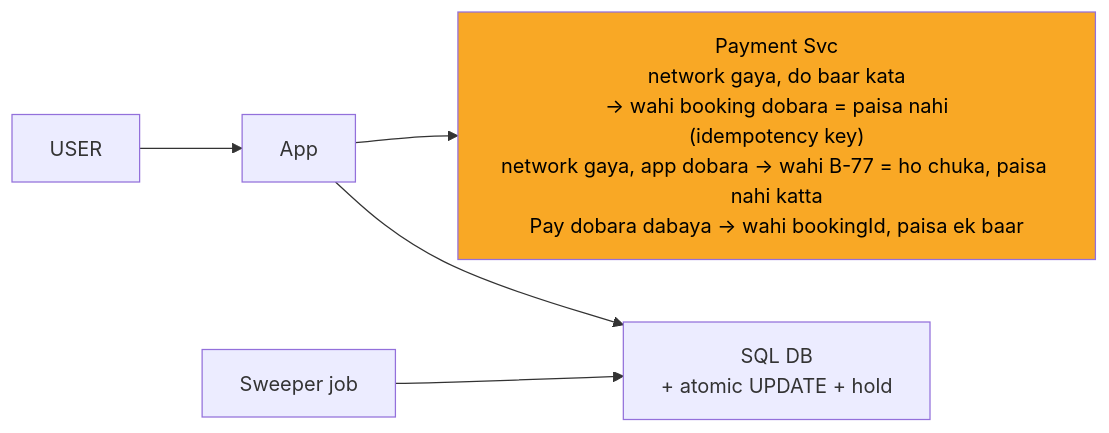
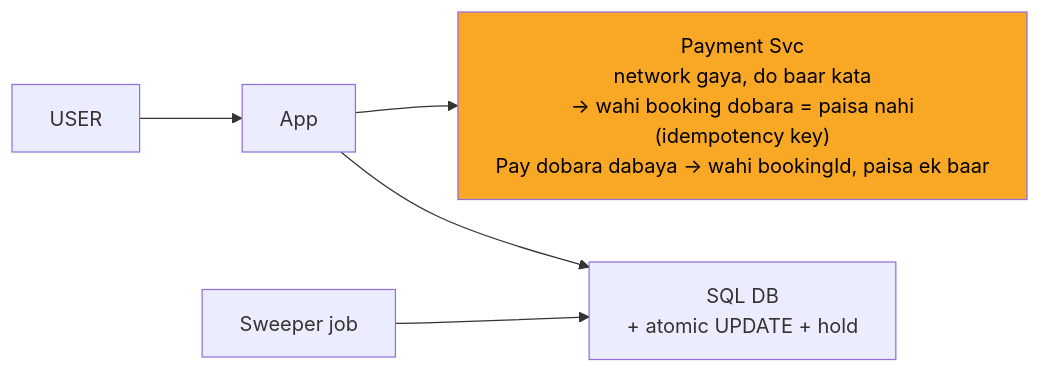
The fourth of 9 diagrams in 04_HLD/SYSTEM_DESIGNS/09_bookmyshow/09_bookmyshow_INTERVIEW.md (ArpanMaheshwari144/Prep), drawn with Mermaid before and after one commit. The commit also changed other lines of this file and 13 other files, not shown here.

````diff
--- a/04_HLD/SYSTEM_DESIGNS/09_bookmyshow/09_bookmyshow_INTERVIEW.md
+++ b/04_HLD/SYSTEM_DESIGNS/09_bookmyshow/09_bookmyshow_INTERVIEW.md
@@ -163,14 +163,14 @@
 ```mermaid
 %%{init: {"flowchart": {"wrappingWidth": 450}}}%%
 flowchart LR
     n_USER["USER"]
     n_App["App"]
-    n_Payment_Svc["Payment Svc<br/>network gaya, do baar kata<br/>-> wahi booking dobara = paisa nahi<br/>(idempotency key)<br/>network gaya, app dobara -> wahi B-77 = ho chuka, paisa nahi katta<br/>Pay dobara dabaya -> wahi bookingId, paisa ek baar"]
+    n_Payment_Svc["Payment Svc<br/>network gaya, do baar kata<br/>-> wahi booking dobara = paisa nahi<br/>(idempotency key)<br/>Pay dobara dabaya -> wahi bookingId, paisa ek baar"]
     n_SQL_DB["SQL DB<br/>+ atomic UPDATE + hold"]
     n_Sweeper_job["Sweeper job"]
     n_USER --> n_App
     n_App --> n_Payment_Svc
     n_App --> n_SQL_DB
     n_Sweeper_job --> n_SQL_DB
     style n_Payment_Svc fill:#f9a825,color:#000
 ```
````
